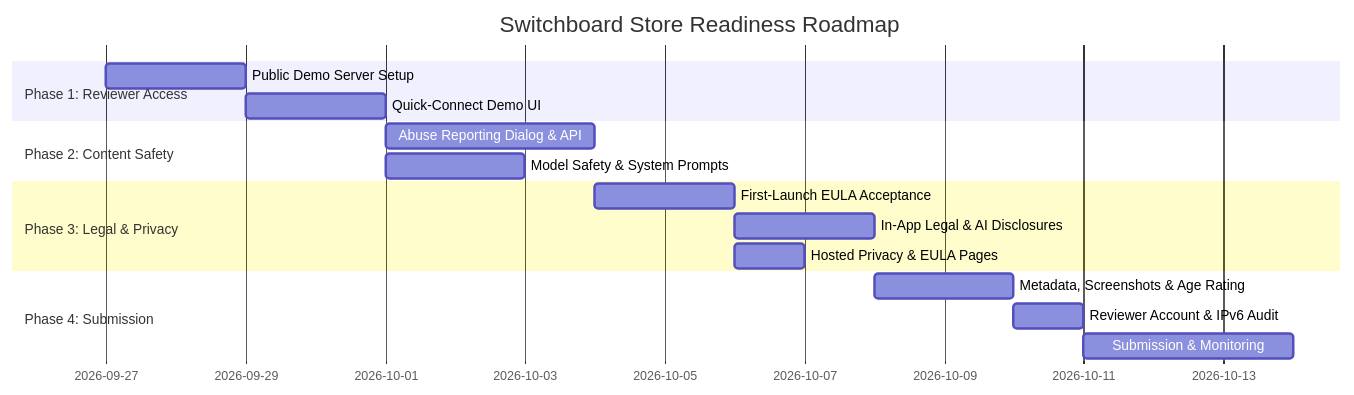
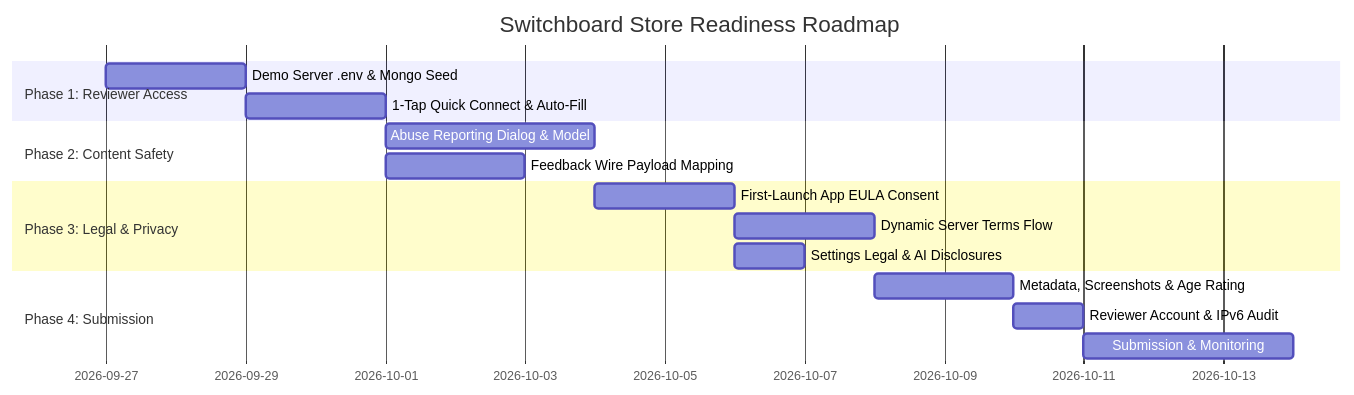
Before and after one commit to SagarMeisheri/Librechat-Mobile: the diagram in app-store-readiness-spec/constitution/roadmap.md, drawn with Mermaid. The commit also changed other lines of this file and 8 other files, not shown here.

````diff
--- a/app-store-readiness-spec/constitution/roadmap.md
+++ b/app-store-readiness-spec/constitution/roadmap.md
@@ -5,19 +5,19 @@
 ```mermaid
 gantt
     title Switchboard Store Readiness Roadmap
     dateFormat  YYYY-MM-DD
     section Phase 1: Reviewer Access
-    Public Demo Server Setup           :p1_1, 2026-09-27, 2d
-    Quick-Connect Demo UI              :p1_2, after p1_1, 2d
+    Demo Server .env & Mongo Seed      :p1_1, 2026-09-27, 2d
+    1-Tap Quick Connect & Auto-Fill    :p1_2, after p1_1, 2d
     section Phase 2: Content Safety
-    Abuse Reporting Dialog & API       :p2_1, after p1_2, 3d
-    Model Safety & System Prompts      :p2_2, after p1_2, 2d
+    Abuse Reporting Dialog & Model     :p2_1, after p1_2, 3d
+    Feedback Wire Payload Mapping      :p2_2, after p1_2, 2d
     section Phase 3: Legal & Privacy
-    First-Launch EULA Acceptance       :p3_1, after p2_1, 2d
-    In-App Legal & AI Disclosures      :p3_2, after p3_1, 2d
-    Hosted Privacy & EULA Pages        :p3_3, after p3_1, 1d
+    First-Launch App EULA Consent      :p3_1, after p2_1, 2d
+    Dynamic Server Terms Flow          :p3_2, after p3_1, 2d
+    Settings Legal & AI Disclosures    :p3_3, after p3_1, 1d
     section Phase 4: Submission
     Metadata, Screenshots & Age Rating :p4_1, after p3_2, 2d
     Reviewer Account & IPv6 Audit      :p4_2, after p4_1, 1d
     Submission & Monitoring            :p4_3, after p4_2, 3d
 ```
````
